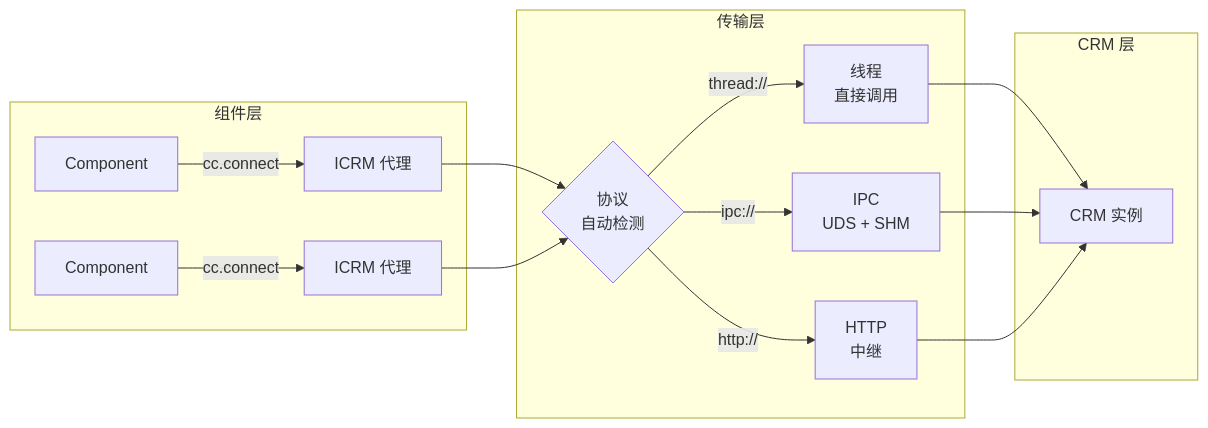
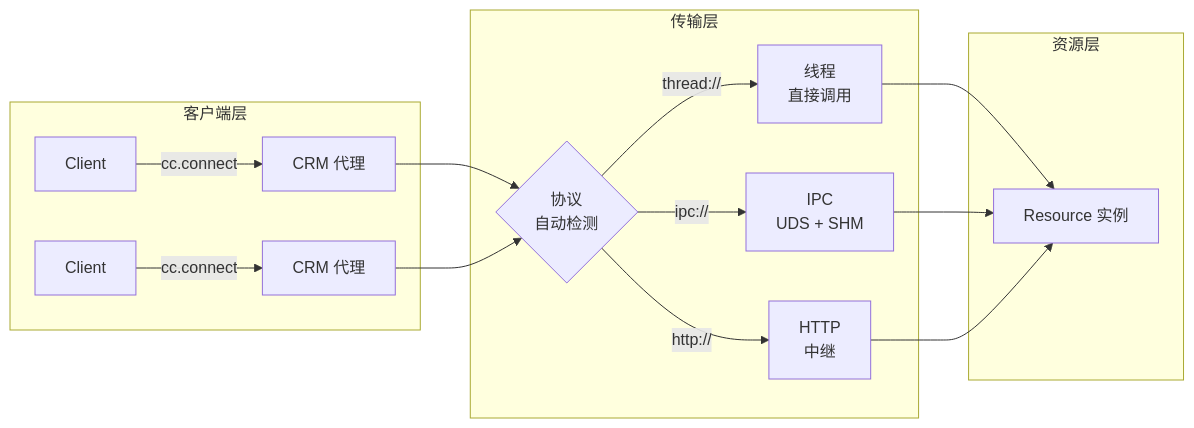
One commit to world-in-progress/c-two changed the diagram in README.zh-CN.md. Above: the diagram before and after it, drawn with Mermaid. The commit also changed other lines of this file and 94 other files, not shown here.

````diff
--- a/README.zh-CN.md
+++ b/README.zh-CN.md
@@ -408,21 +470,21 @@
 ```mermaid
 graph LR
-    subgraph 组件层
-        C1[Component] -->|cc.connect| P1[ICRM 代理]
-        C2[Component] -->|cc.connect| P2[ICRM 代理]
+    subgraph 客户端层
+        C1[Client] -->|cc.connect| P1[CRM 代理]
+        C2[Client] -->|cc.connect| P2[CRM 代理]
     end
 
     subgraph 传输层
         P1 --> T{协议<br/>自动检测}
         P2 --> T
         T -->|thread://| TH[线程<br/>直接调用]
         T -->|ipc://| IPC[IPC<br/>UDS + SHM]
         T -->|http://| HTTP[HTTP<br/>中继]
     end
 
-    subgraph CRM 层
-        TH --> CRM1[CRM 实例]
+    subgraph 资源层
+        TH --> CRM1[Resource 实例]
         IPC --> CRM1
         HTTP --> CRM1
     end
 ```
````
